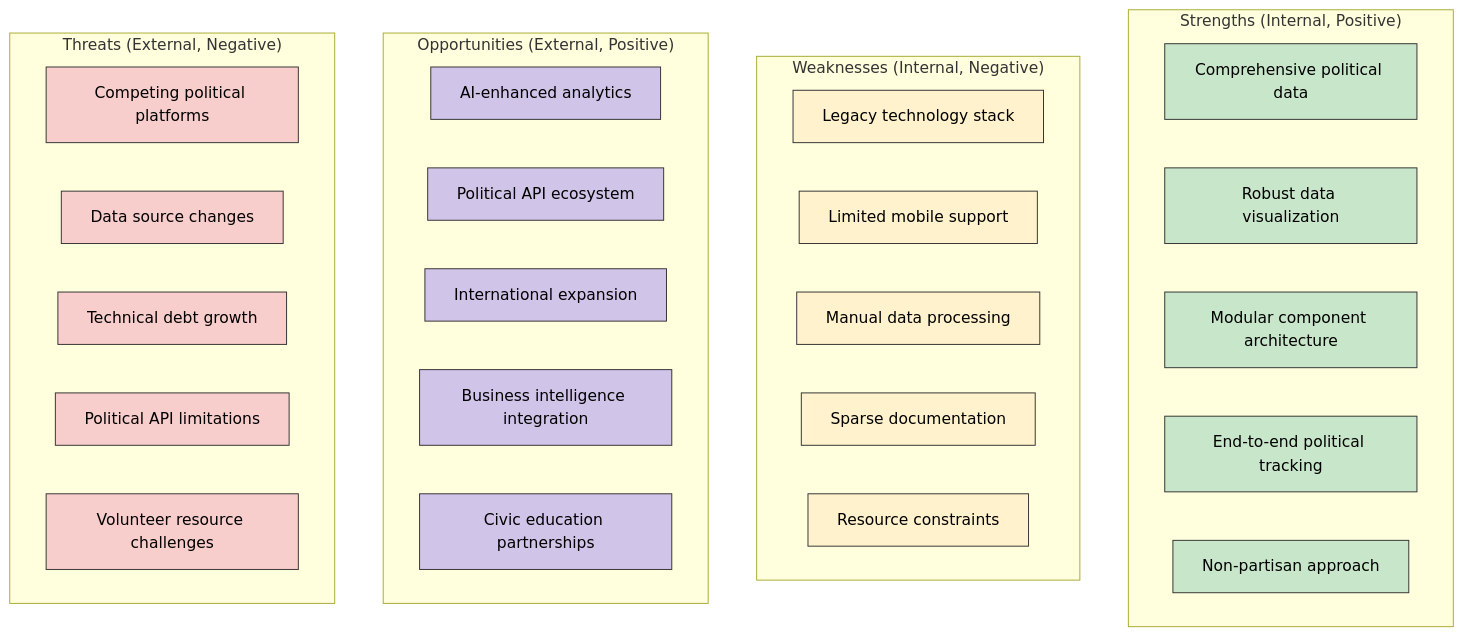
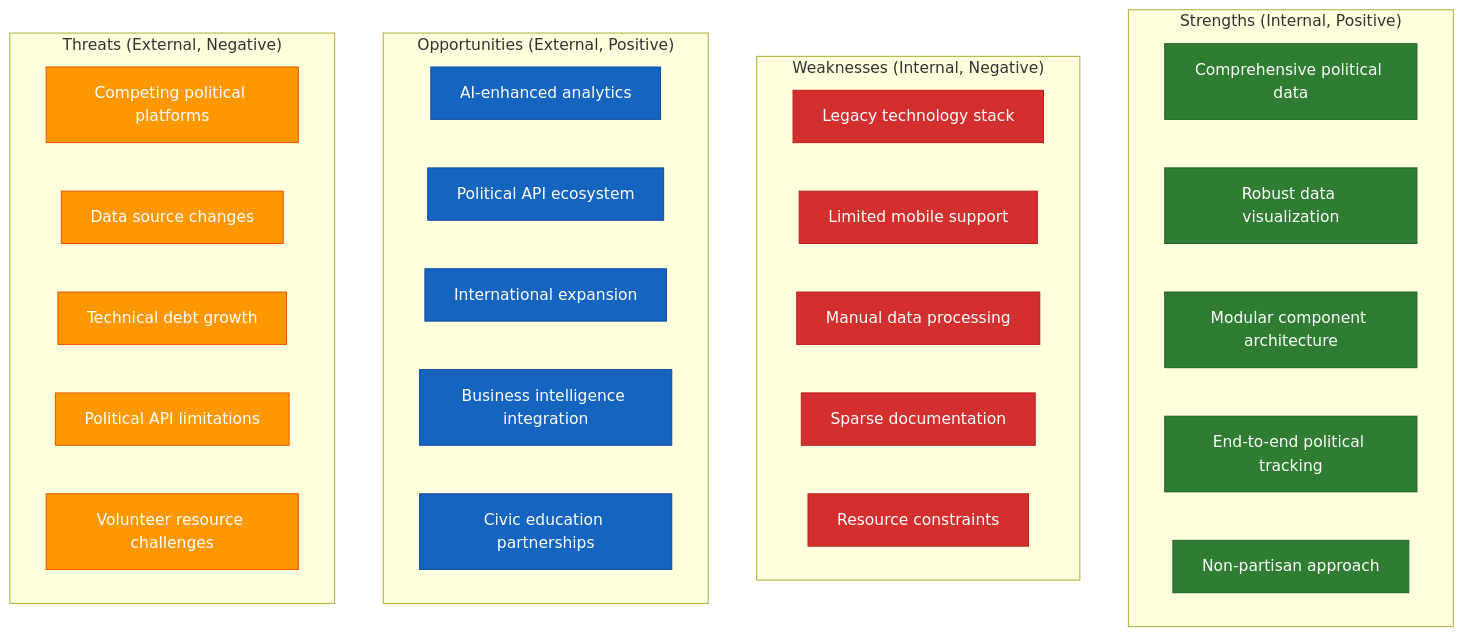
Before and after one commit to Hack23/cia: the second of 8 diagrams in SWOT.md, drawn with Mermaid. The commit also changed other lines of this file and 30 other files, not shown here.

First line of the commit message:
fix: improve mermaid diagram rendering across all markdown files (#8536)

````diff
--- a/SWOT.md
+++ b/SWOT.md
@@ -104,45 +128,45 @@
 ```mermaid
 graph TD
     subgraph "Strengths (Internal, Positive)"
         S1["Comprehensive political data"]
         S2["Robust data visualization"]
         S3["Modular component architecture"]
         S4["End-to-end political tracking"]
         S5["Non-partisan approach"]
     end
 
     subgraph "Weaknesses (Internal, Negative)"
         W1["Legacy technology stack"]
         W2["Limited mobile support"]
         W3["Manual data processing"]
         W4["Sparse documentation"]
         W5["Resource constraints"]
     end
 
     subgraph "Opportunities (External, Positive)"
         O1["AI-enhanced analytics"]
         O2["Political API ecosystem"]
         O3["International expansion"]
         O4["Business intelligence integration"]
         O5["Civic education partnerships"]
     end
 
     subgraph "Threats (External, Negative)"
         T1["Competing political platforms"]
         T2["Data source changes"]
         T3["Technical debt growth"]
         T4["Political API limitations"]
         T5["Volunteer resource challenges"]
     end
 
     %% Style
-    classDef strengths fill:#c8e6c9,stroke:#333,stroke-width:1px,color:black
-    classDef weaknesses fill:#fff2cc,stroke:#333,stroke-width:1px,color:black
-    classDef opportunities fill:#d1c4e9,stroke:#333,stroke-width:1px,color:black
-    classDef threats fill:#f8cecc,stroke:#333,stroke-width:1px,color:black
+    classDef strengths fill:#2E7D32,stroke:#1B5E20,stroke-width:1px,color:white
+    classDef weaknesses fill:#D32F2F,stroke:#B71C1C,stroke-width:1px,color:white
+    classDef opportunities fill:#1565C0,stroke:#0D47A1,stroke-width:1px,color:white
+    classDef threats fill:#FF9800,stroke:#E65100,stroke-width:1px,color:white
 
     class S1,S2,S3,S4,S5 strengths
     class W1,W2,W3,W4,W5 weaknesses
     class O1,O2,O3,O4,O5 opportunities
     class T1,T2,T3,T4,T5 threats
 ```
````
